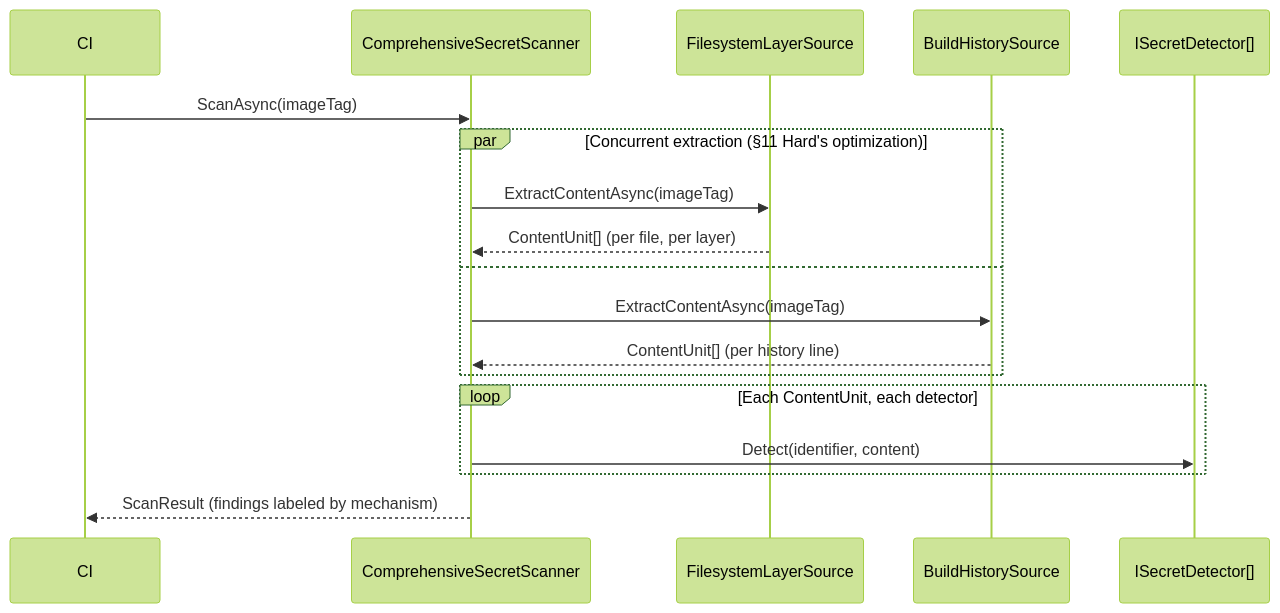
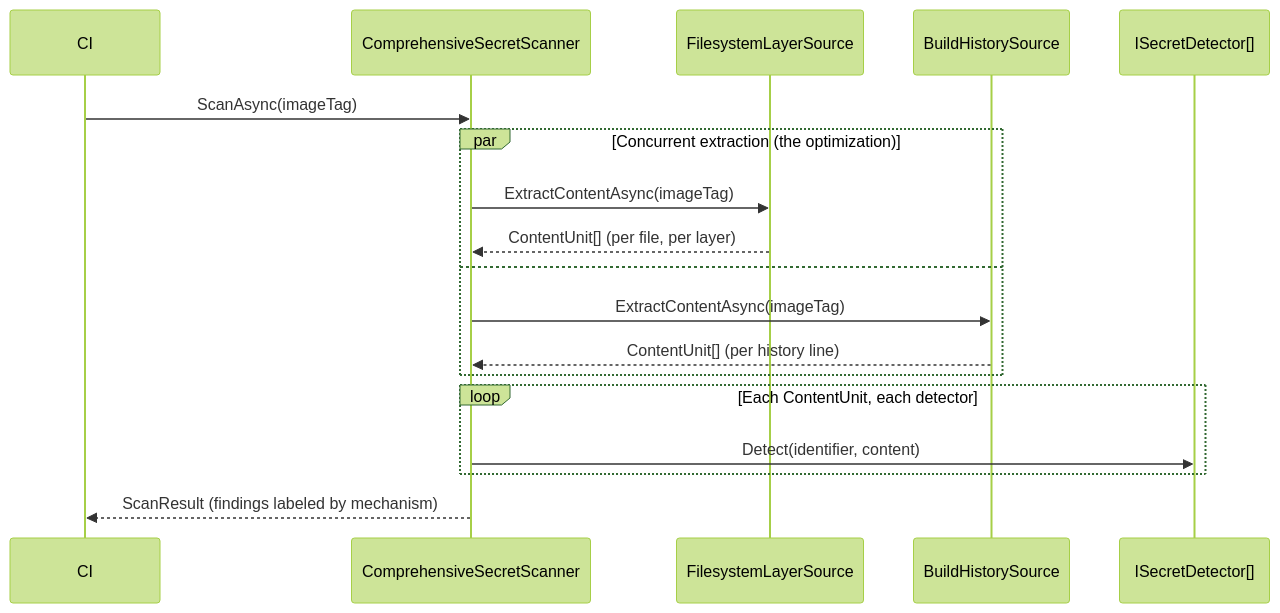
The fourth of 4 diagrams in 24-Docker/02-Dockerfile-Optimization-MultiStageBuilds.md (umashankarp/InterviewQuestions), drawn with Mermaid (forest theme) before and after one commit. The commit also changed other lines of this file and 173 other files, not shown here.

````diff
--- a/24-Docker/02-Dockerfile-Optimization-MultiStageBuilds.md
+++ b/24-Docker/02-Dockerfile-Optimization-MultiStageBuilds.md
@@ -482,21 +482,21 @@
 ```mermaid
 sequenceDiagram
-    participant CI
-    participant Scanner as ComprehensiveSecretScanner
-    participant FsSource as FilesystemLayerSource
-    participant HistSource as BuildHistorySource
-    participant Detectors as ISecretDetector[]
+ participant CI
+ participant Scanner as ComprehensiveSecretScanner
+ participant FsSource as FilesystemLayerSource
+ participant HistSource as BuildHistorySource
+ participant Detectors as ISecretDetector[]
 
-    CI->>Scanner: ScanAsync(imageTag)
-    par Concurrent extraction (§11 Hard's optimization)
-        Scanner->>FsSource: ExtractContentAsync(imageTag)
-        FsSource-->>Scanner: ContentUnit[] (per file, per layer)
-    and
-        Scanner->>HistSource: ExtractContentAsync(imageTag)
-        HistSource-->>Scanner: ContentUnit[] (per history line)
-    end
-    loop Each ContentUnit, each detector
-        Scanner->>Detectors: Detect(identifier, content)
-    end
-    Scanner-->>CI: ScanResult (findings labeled by mechanism)
+ CI->>Scanner: ScanAsync(imageTag)
+ par Concurrent extraction (the optimization)
+ Scanner->>FsSource: ExtractContentAsync(imageTag)
+ FsSource-->>Scanner: ContentUnit[] (per file, per layer)
+ and
+ Scanner->>HistSource: ExtractContentAsync(imageTag)
+ HistSource-->>Scanner: ContentUnit[] (per history line)
+ end
+ loop Each ContentUnit, each detector
+ Scanner->>Detectors: Detect(identifier, content)
+ end
+ Scanner-->>CI: ScanResult (findings labeled by mechanism)
 ```
````
